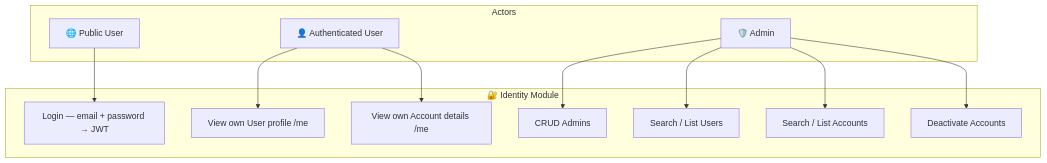
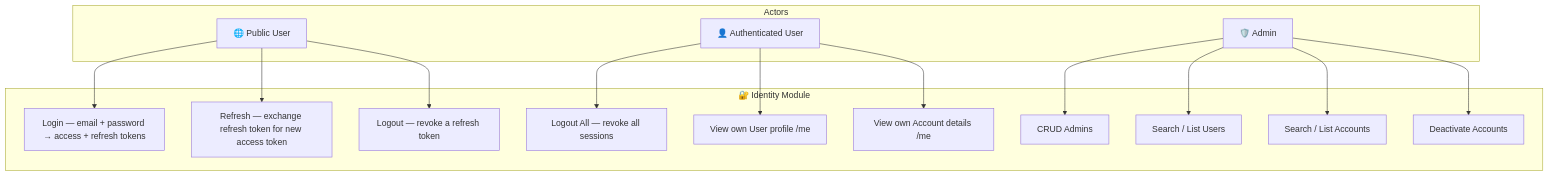
One commit to Plataforma-Universidade-Gratuita/pug-service changed the sixth of 7 diagrams in src/main/java/br/org/catolicasc/pug/identity/README.md. Above: the diagram before and after it, drawn with Mermaid. The commit also changed other lines of this file and 34 other files, not shown here.

Commit message:
PUG-154: Add logout option and refactor token implementation;

````diff
--- a/src/main/java/br/org/catolicasc/pug/identity/README.md
+++ b/src/main/java/br/org/catolicasc/pug/identity/README.md
@@ -150,26 +154,32 @@
 ```mermaid
 graph TB
     subgraph Actors
         PUBLIC["🌐 Public User"]
         AUTH["👤 Authenticated User"]
         ADMIN["🛡️ Admin"]
     end
 
     subgraph IdentityModule["🔐 Identity Module"]
-        UC1["Login — email + password → JWT"]
+        UC1["Login — email + password → access + refresh tokens"]
+        UC1B["Refresh — exchange refresh token for new access token"]
+        UC1C["Logout — revoke a refresh token"]
+        UC1D["Logout All — revoke all sessions"]
         UC2["View own User profile /me"]
         UC3["View own Account details /me"]
         UC4["CRUD Admins"]
         UC5["Search / List Users"]
         UC6["Search / List Accounts"]
         UC7["Deactivate Accounts"]
     end
 
     PUBLIC --> UC1
+    PUBLIC --> UC1B
+    PUBLIC --> UC1C
+    AUTH --> UC1D
     AUTH --> UC2
     AUTH --> UC3
     ADMIN --> UC4
     ADMIN --> UC5
     ADMIN --> UC6
     ADMIN --> UC7
 ```
````
